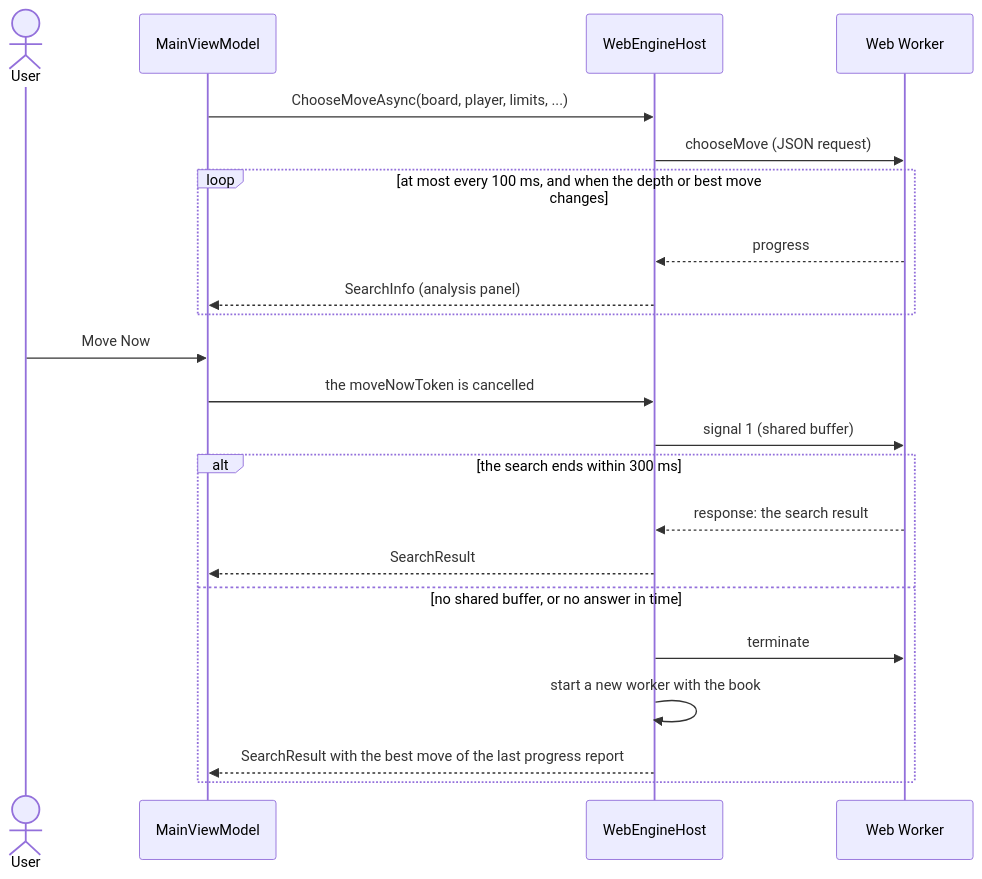
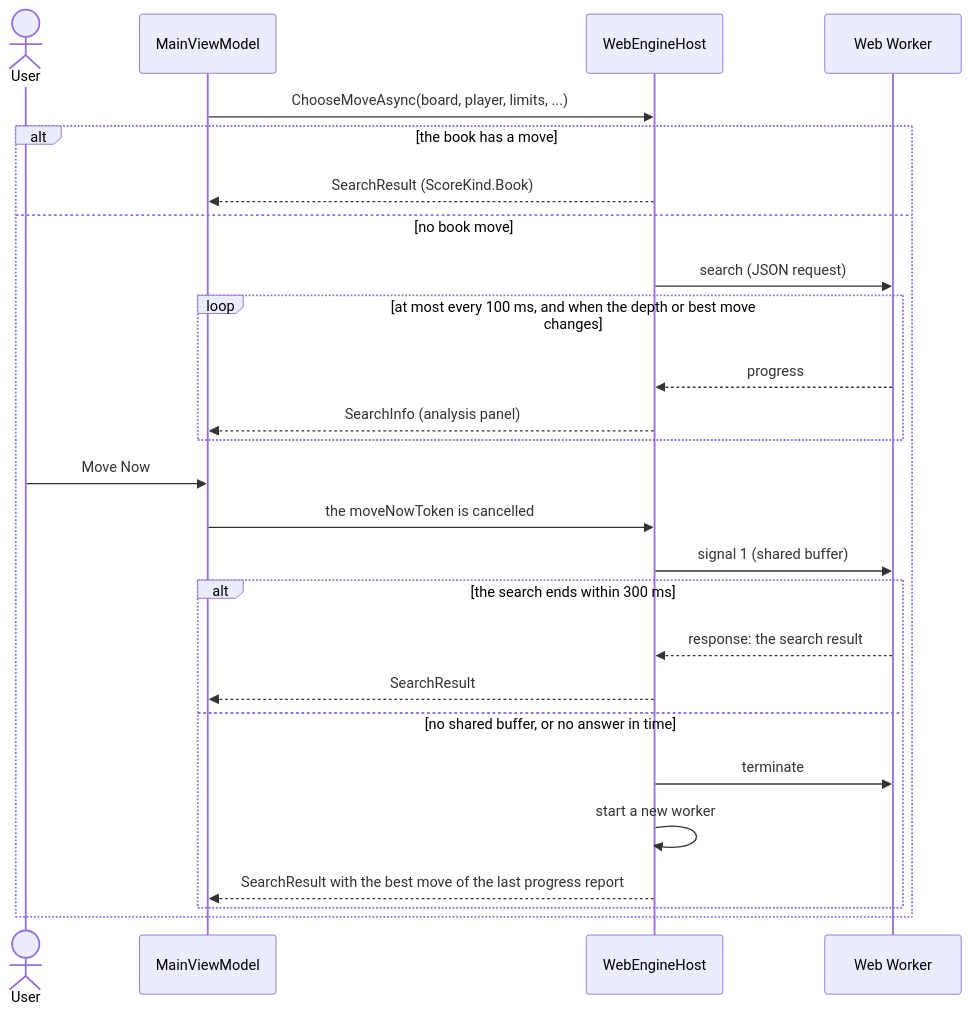
One commit to cjp-dev/Stello changed the fourth of 5 diagrams in docs/14-app-integration.md. Above: the diagram before and after it, drawn with Mermaid. The commit also changed other lines of this file and 26 other files, not shown here.

````diff
--- a/docs/14-app-integration.md
+++ b/docs/14-app-integration.md
@@ -170,24 +190,28 @@
 ```mermaid
 sequenceDiagram
     actor User
     participant VM as MainViewModel
     participant Host as WebEngineHost
     participant W as Web Worker
     VM->>Host: ChooseMoveAsync(board, player, limits, ...)
-    Host->>W: chooseMove (JSON request)
-    loop at most every 100 ms, and when the depth or best move changes
-        W-->>Host: progress
-        Host-->>VM: SearchInfo (analysis panel)
-    end
-    User->>VM: Move Now
-    VM->>Host: the moveNowToken is cancelled
-    Host->>W: signal 1 (shared buffer)
-    alt the search ends within 300 ms
-        W-->>Host: response: the search result
-        Host-->>VM: SearchResult
-    else no shared buffer, or no answer in time
-        Host->>W: terminate
-        Host->>Host: start a new worker with the book
-        Host-->>VM: SearchResult with the best move of the last progress report
+    alt the book has a move
+        Host-->>VM: SearchResult (ScoreKind.Book)
+    else no book move
+        Host->>W: search (JSON request)
+        loop at most every 100 ms, and when the depth or best move changes
+            W-->>Host: progress
+            Host-->>VM: SearchInfo (analysis panel)
+        end
+        User->>VM: Move Now
+        VM->>Host: the moveNowToken is cancelled
+        Host->>W: signal 1 (shared buffer)
+        alt the search ends within 300 ms
+            W-->>Host: response: the search result
+            Host-->>VM: SearchResult
+        else no shared buffer, or no answer in time
+            Host->>W: terminate
+            Host->>Host: start a new worker
+            Host-->>VM: SearchResult with the best move of the last progress report
+        end
     end
 ```
````
